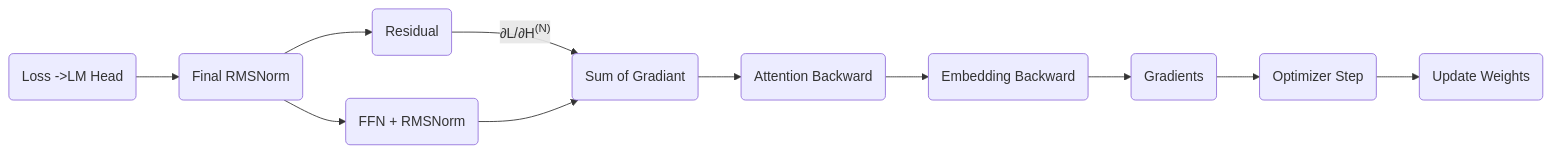
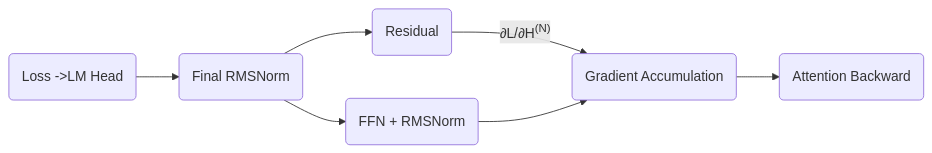
One commit to ChrisZhu2050/chriszhu2050.github.io changed diagram 24 of 24 in index.md. Above: the diagram before and after it, drawn with Mermaid. The commit also changed other lines of this file, not shown here.

````diff
--- a/index.md
+++ b/index.md
@@ -1133,27 +1134,21 @@
   ```mermaid
         flowchart LR
 
           a("Loss ->LM Head")
           c1("Final RMSNorm")
           b1("Residual")
           d("FFN + RMSNorm")
-          d1("Sum of Gradiant")
+          d1("Gradient Accumulation")
           e("Attention Backward") 
-          f("Embedding Backward")
-          g("Gradients")
-          z("Optimizer Step")
-          y("Update Weights")
+
         
         a --> c1
         c1 --> d
         c1 --> b1
         b1 -- ∂L/∂H<sup>(N)</sup>--> d1
         d --> d1
         d1 --> e
-        e --> f
-        f --> g
-        g --> z
-        z --> y
+
         
 
   ```  
````
